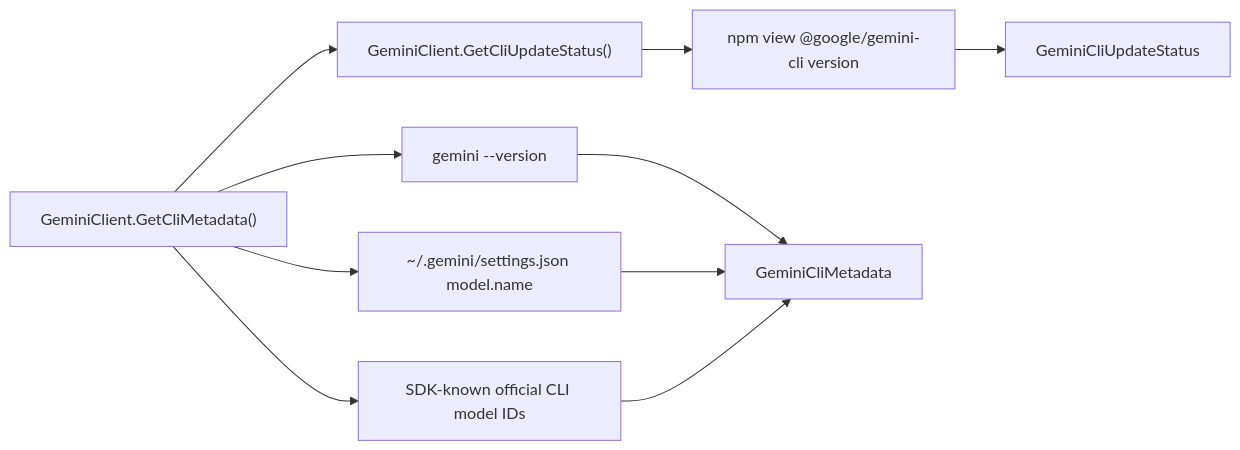
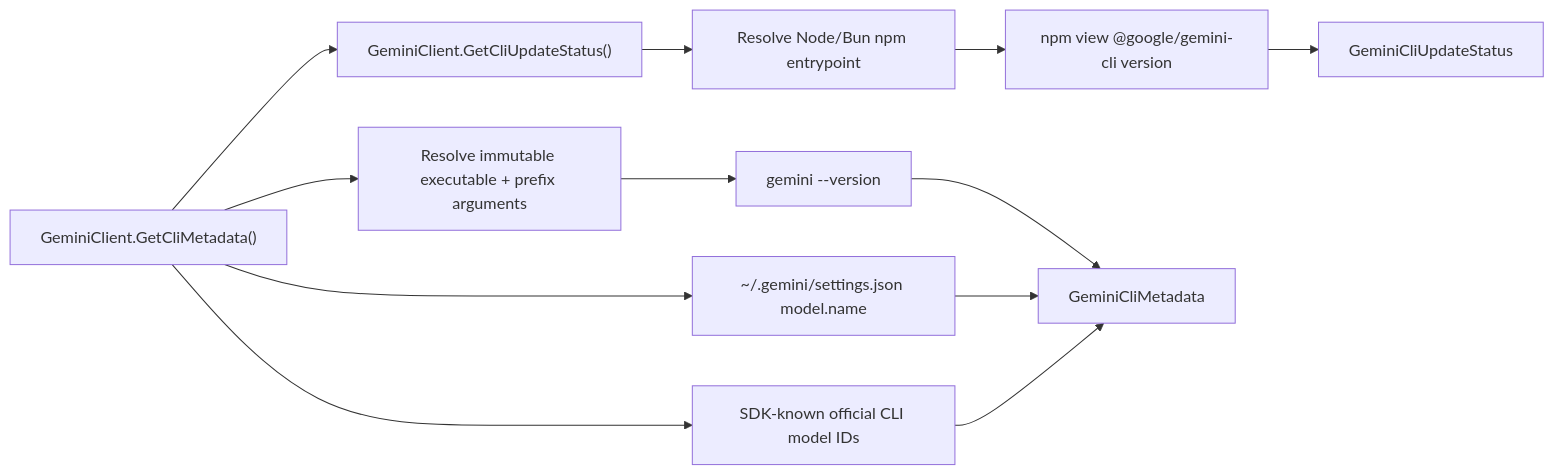
One commit to managedcode/GeminiSharpSDK changed the diagram in docs/Features/cli-metadata.md. Above: the diagram before and after it, drawn with Mermaid. The commit also changed other lines of this file and 20 other files, not shown here.

````diff
--- a/docs/Features/cli-metadata.md
+++ b/docs/Features/cli-metadata.md
@@ -57,12 +58,14 @@
 ```mermaid
 flowchart LR
-  Client["GeminiClient.GetCliMetadata()"] --> Version["gemini --version"]
+  Client["GeminiClient.GetCliMetadata()"] --> Resolve["Resolve immutable executable + prefix arguments"]
+  Resolve --> Version["gemini --version"]
   Client --> Update["GeminiClient.GetCliUpdateStatus()"]
   Client --> Config["~/.gemini/settings.json model.name"]
   Client --> Catalog["SDK-known official CLI model IDs"]
-  Update --> Npm["npm view @google/gemini-cli version"]
+  Update --> ResolveNpm["Resolve Node/Bun npm entrypoint"]
+  ResolveNpm --> Npm["npm view @google/gemini-cli version"]
   Version --> Metadata["GeminiCliMetadata"]
   Npm --> UpdateStatus["GeminiCliUpdateStatus"]
   Config --> Metadata
   Catalog --> Metadata
 ```
````
